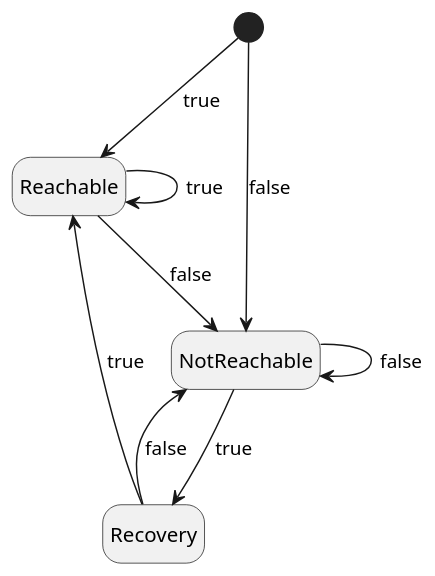
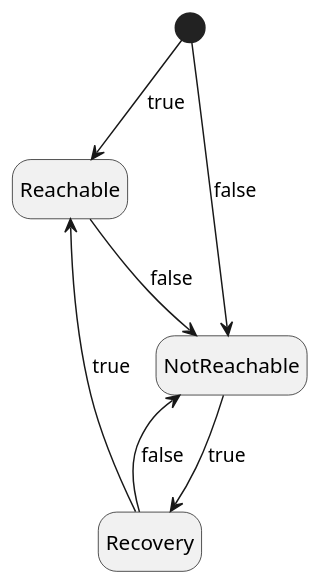
Before and after one commit to vocaltech/server-connection-fsm-java: the diagram in docs/ServerConnection.puml, drawn with PlantUML.

Commit message:
update uml state diagram

```diff
--- a/docs/ServerConnection.puml
+++ b/docs/ServerConnection.puml
@@ -1,17 +1,15 @@
 @startuml
 'https://plantuml.com/state-diagram
 
-scale 350 width
+scale 250 width
 hide empty description
 
 [*] --> Reachable : true
 [*] --> NotReachable : false
 
 Reachable --> NotReachable : false
-Reachable --> Reachable : true
 NotReachable --> Recovery : true
-NotReachable --> NotReachable : false
 Recovery --> Reachable : true
 Recovery --> NotReachable : false
 
 @enduml
```
